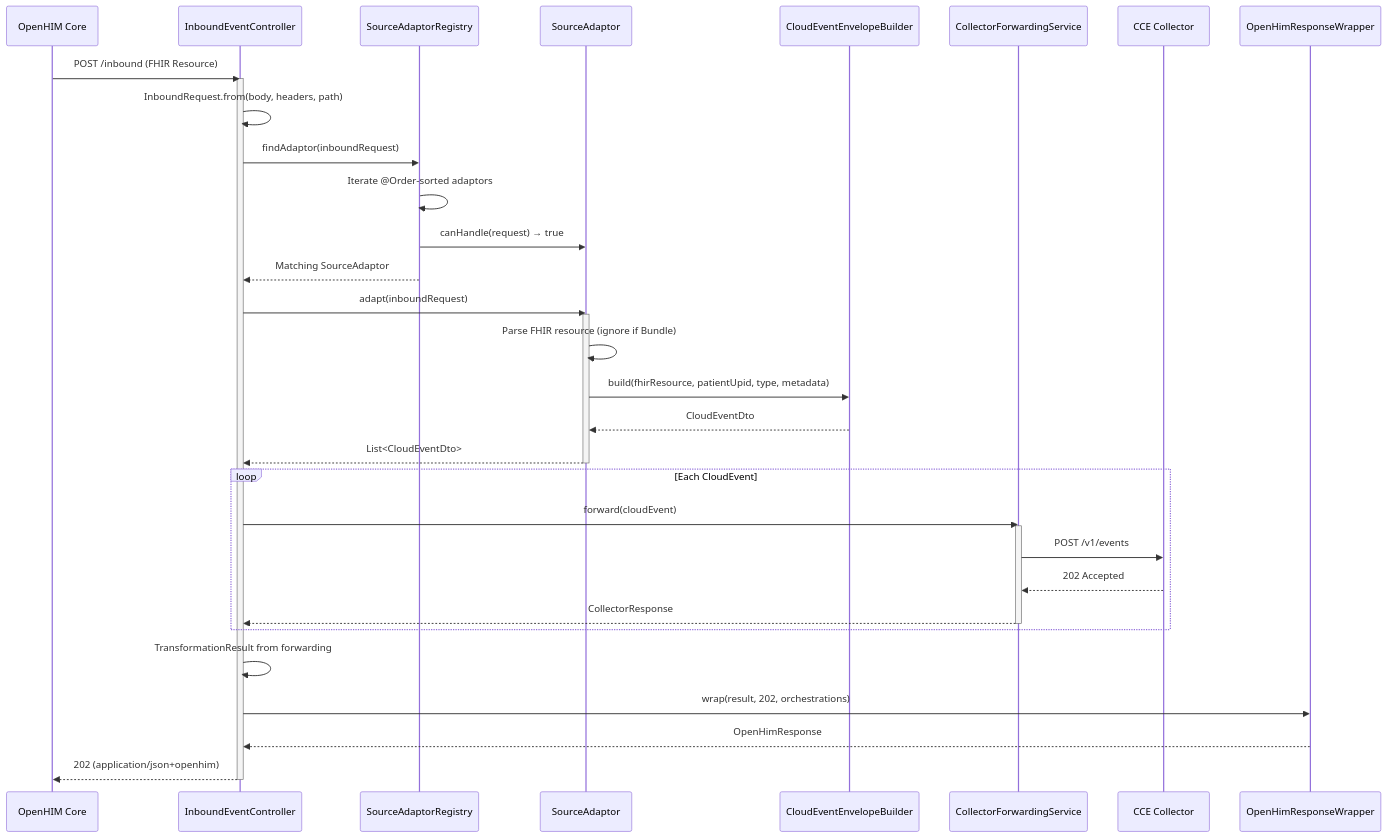
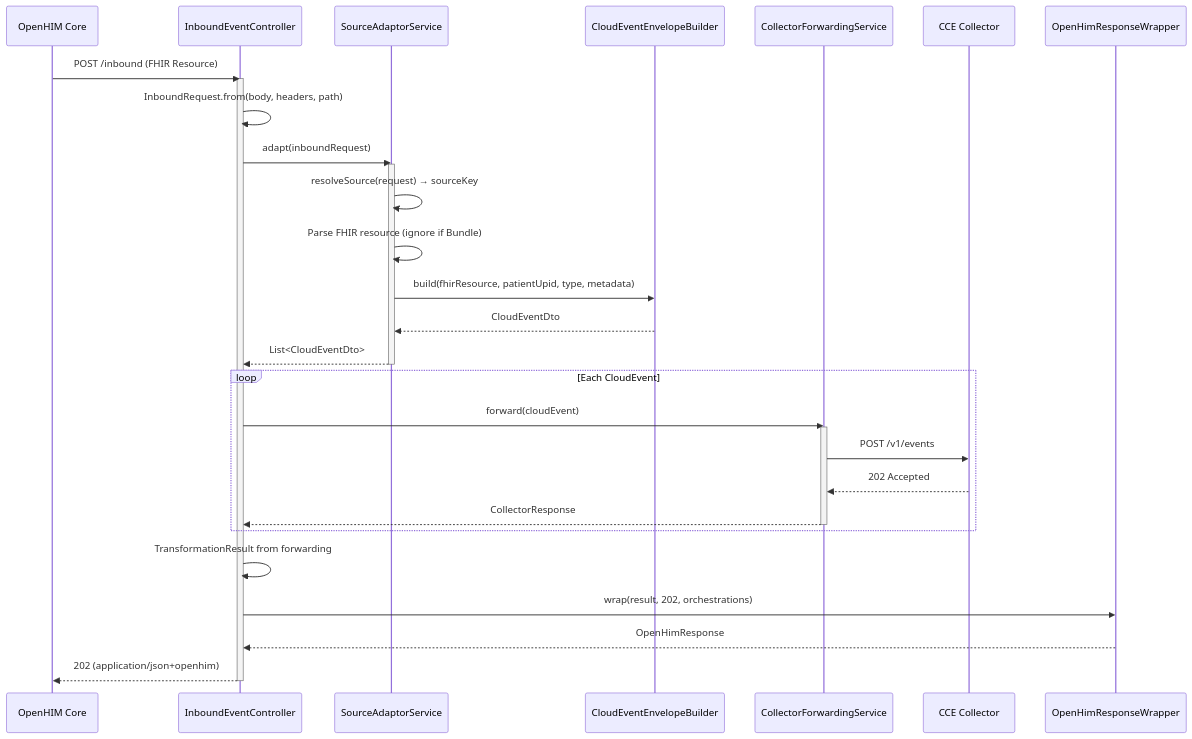
Before and after one commit to Jayaprakash8887/openhim-cce-emitter-adaptor: the second of 8 diagrams in docs/flow-diagrams.md, drawn with Mermaid. The commit also changed other lines of this file and 11 other files, not shown here.

````diff
--- a/docs/flow-diagrams.md
+++ b/docs/flow-diagrams.md
@@ -47,45 +47,40 @@
 ```mermaid
 sequenceDiagram
     participant OHC as OpenHIM Core
     participant Ctrl as InboundEventController
-    participant Reg as SourceAdaptorRegistry
-    participant SA as SourceAdaptor
+    participant Svc as SourceAdaptorService
     participant CE as CloudEventEnvelopeBuilder
     participant Fwd as CollectorForwardingService
     participant Col as CCE Collector
     participant Wrap as OpenHimResponseWrapper
 
     OHC->>Ctrl: POST /inbound (FHIR Resource)
     activate Ctrl
 
     Ctrl->>Ctrl: InboundRequest.from(body, headers, path)
 
-    Ctrl->>Reg: findAdaptor(inboundRequest)
-    Reg->>Reg: Iterate @Order-sorted adaptors
-    Reg->>SA: canHandle(request) → true
-    Reg-->>Ctrl: Matching SourceAdaptor
-
-    Ctrl->>SA: adapt(inboundRequest)
-    activate SA
-    SA->>SA: Parse FHIR resource (ignore if Bundle)
-    SA->>CE: build(fhirResource, patientUpid, type, metadata)
-    CE-->>SA: CloudEventDto
-    SA-->>Ctrl: List<CloudEventDto>
-    deactivate SA
+    Ctrl->>Svc: adapt(inboundRequest)
+    activate Svc
+    Svc->>Svc: resolveSource(request) → sourceKey
+    Svc->>Svc: Parse FHIR resource (ignore if Bundle)
+    Svc->>CE: build(fhirResource, patientUpid, type, metadata)
+    CE-->>Svc: CloudEventDto
+    Svc-->>Ctrl: List<CloudEventDto>
+    deactivate Svc
 
     loop Each CloudEvent
         Ctrl->>Fwd: forward(cloudEvent)
         activate Fwd
         Fwd->>Col: POST /v1/events
         Col-->>Fwd: 202 Accepted
         Fwd-->>Ctrl: CollectorResponse
         deactivate Fwd
     end
 
     Ctrl->>Ctrl: TransformationResult from forwarding
     Ctrl->>Wrap: wrap(result, 202, orchestrations)
     Wrap-->>Ctrl: OpenHimResponse
 
     Ctrl-->>OHC: 202 (application/json+openhim)
     deactivate Ctrl
 ```
````
